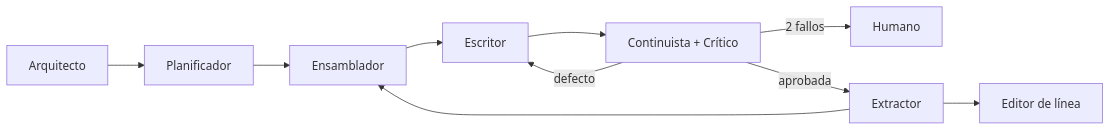
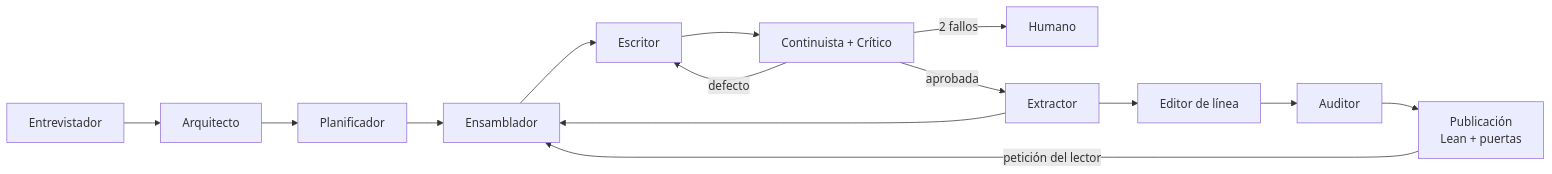
One commit to maujimenez4/ciberpunk-storymaker changed the diagram in CLAUDE.md. Above: the diagram before and after it, drawn with Mermaid. The commit also changed other lines of this file and 5 other files, not shown here.

````diff
--- a/CLAUDE.md
+++ b/CLAUDE.md
@@ -296,12 +297,16 @@
 ```mermaid
 flowchart LR
-  A["Arquitecto"] --> B["Planificador"]
+  I["Entrevistador"] --> A["Arquitecto"]
+  A --> B["Planificador"]
   B --> C["Ensamblador"]
   C --> D["Escritor"]
   D --> E["Continuista + Crítico"]
   E -->|defecto| D
   E -->|2 fallos| H["Humano"]
   E -->|aprobada| F["Extractor"]
   F --> C
   F --> G["Editor de línea"]
+  G --> L["Auditor"]
+  L --> P["Publicación<br/>Lean + puertas"]
+  P -->|petición del lector| C
 ```
````
